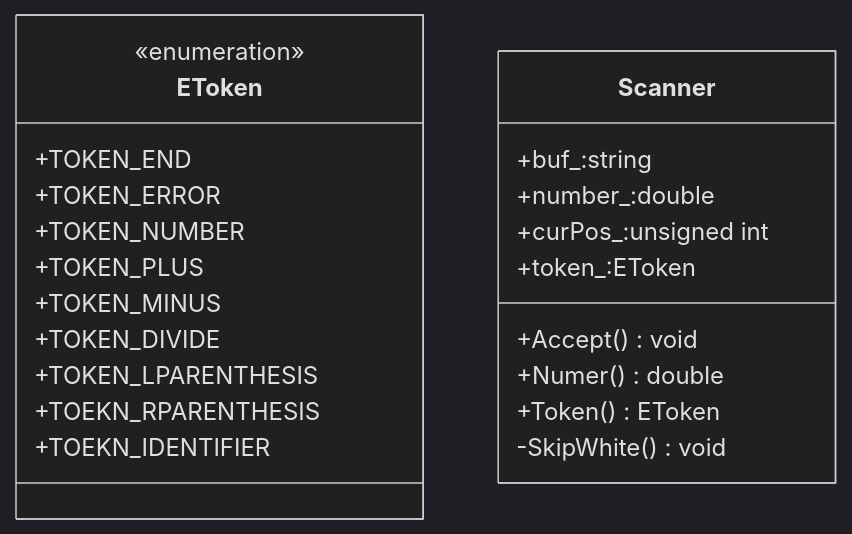
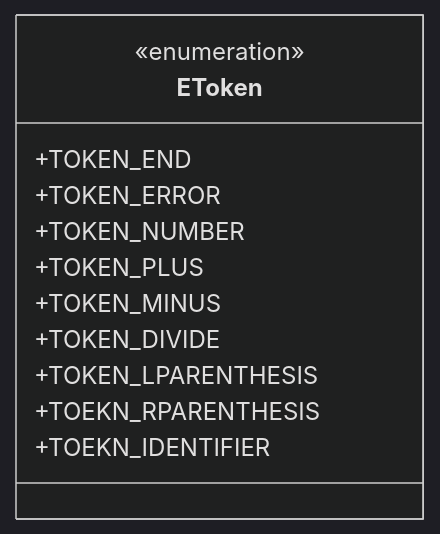
Before and after one commit to lg641135360/lc_cpp: the diagram in note/cpp/表达式计算器/scanner.md, drawn with Mermaid (dark theme).

````diff
--- a/note/cpp/表达式计算器/scanner.md
+++ b/note/cpp/表达式计算器/scanner.md
@@ -1,25 +1,15 @@
 ```mermaid
 classDiagram
 class EToken{
 	<<enumeration>>
 	+TOKEN_END
 	+TOKEN_ERROR
 	+TOKEN_NUMBER
 	+TOKEN_PLUS
 	+TOKEN_MINUS
 	+TOKEN_DIVIDE
 	+TOKEN_LPARENTHESIS
 	+TOEKN_RPARENTHESIS
 	+TOEKN_IDENTIFIER
 }
-class Scanner{
-	+buf_:string
-	+number_:double
-	+curPos_:unsigned int
-	+token_:EToken
-	+Accept() void
-	+Numer() double
-	+Token() EToken
-	-SkipWhite() void
-}
 ```
````
